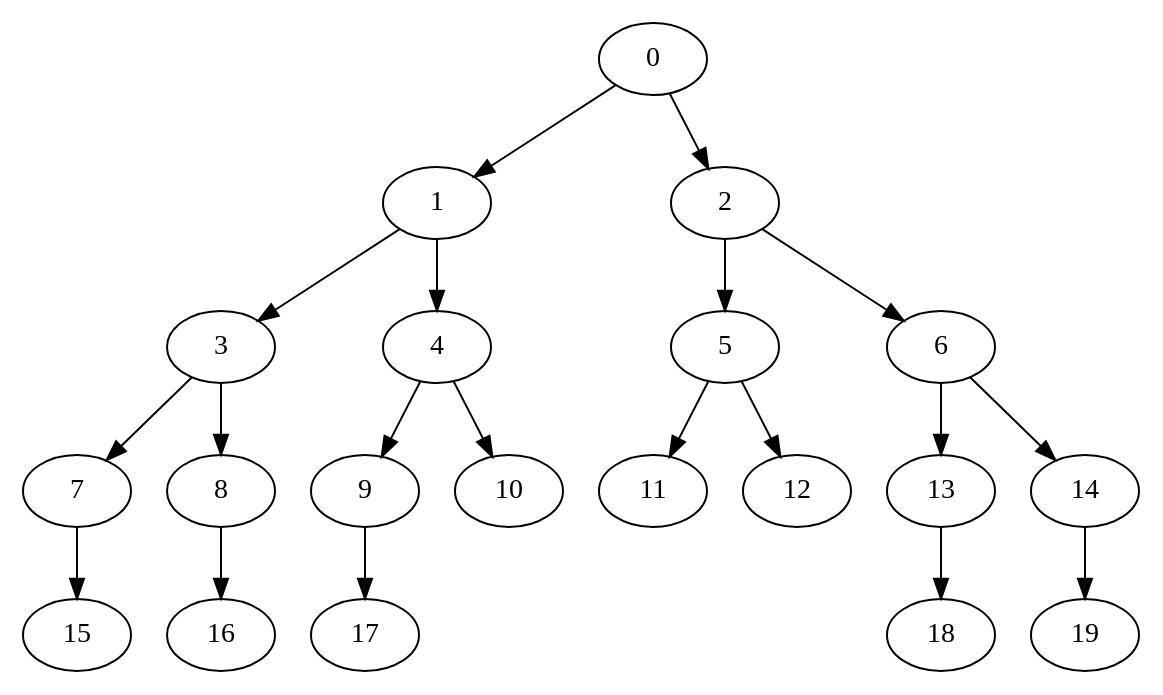
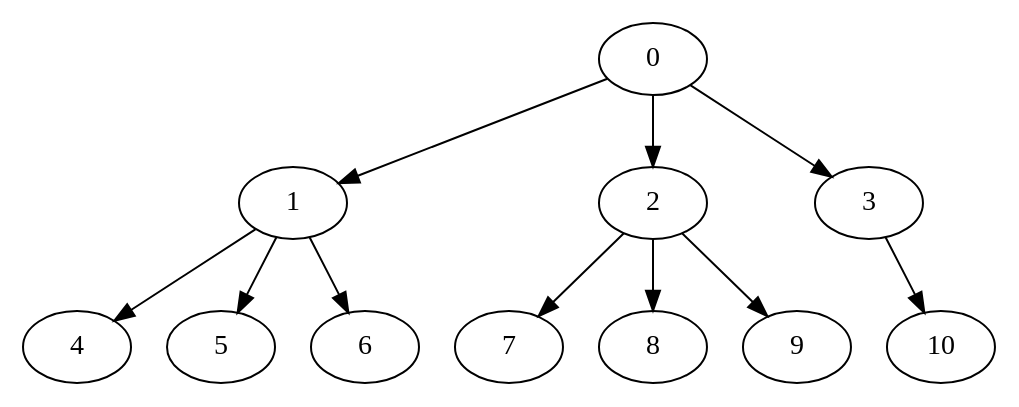
The diagram in INPUT-output.dot (nateeo/parallel-task-scheduler), drawn with Graphviz before and after one commit. The commit also changed 14 other files, not shown here.

```diff
--- a/INPUT-output.dot
+++ b/INPUT-output.dot
@@ -1,41 +1,23 @@
-digraph "outputBalanced20Node" {
-	0				[ Weight =5,Start =0,Processor =1];
-	1				[ Weight =4,Start =5,Processor =1];
-	2				[ Weight =3,Start =9,Processor =1];
-	3				[ Weight =4,Start =19,Processor =1];
-	4				[ Weight =5,Start =12,Processor =1];
-	5				[ Weight =6,Start =15,Processor =2];
-	6				[ Weight =4,Start =23,Processor =1];
-	7				[ Weight =5,Start =31,Processor =1];
-	8				[ Weight =3,Start =42,Processor =1];
-	9				[ Weight =4,Start =30,Processor =2];
-    10          [ Weight=2];
-    11          [ Weight=4];
-    12          [ Weight=5];
-    13          [ Weight=4];
-    14          [ Weight=7];
-    15          [ Weight=2];
-    16          [ Weight=4];
-    17          [ Weight=2];
-    18          [ Weight=6];
-    19          [ Weight=4];
-    0 -> 1      [ Weight=3];
-    0 -> 2      [ Weight=4];
-    1 -> 3      [ Weight=5];
-    1 -> 4      [ Weight=2];
-    2 -> 5      [ Weight=3];
-    2 -> 6      [ Weight=5];
-    3 -> 7      [ Weight=2];
-    3 -> 8      [ Weight=3];
-    4 -> 9      [ Weight=4];
-    4 -> 10     [ Weight=6];
-    5 -> 11     [ Weight=3];
-    5 -> 12     [ Weight=2];
-    6 -> 13     [ Weight=5];
-    6 -> 14     [ Weight=4];
-    7 -> 15     [ Weight=5];
-    8 -> 16     [ Weight=7];
-    9 -> 17     [ Weight=2];
-    13 -> 18    [ Weight=2];
-    14 -> 19    [ Weight=10];
+digraph "outputOutTree-Balanced-MaxBf-3_Nodes_11_CCR_0.1_WeightType_Random" {
+	0				[ Weight =50,Start =0,Processor =1];
+	1				[ Weight =70,Start =50,Processor =1];
+	0 -> 1	 [Weight=9];
+	2				[ Weight =90,Start =57,Processor =2];
+	0 -> 2	 [Weight=7];
+	3				[ Weight =100,Start =160,Processor =1];
+	0 -> 3	 [Weight=4];
+	4				[ Weight =40,Start =120,Processor =1];
+	1 -> 4	 [Weight=10];
+	5				[ Weight =20,Start =260,Processor =1];
+	1 -> 5	 [Weight=7];
+	6				[ Weight =100,Start =147,Processor =2];
+	1 -> 6	 [Weight=5];
+	7				[ Weight =80,Start =267,Processor =2];
+	2 -> 7	 [Weight=5];
+	8				[ Weight =50,Start =280,Processor =1];
+	2 -> 8	 [Weight=3];
+	9				[ Weight =20,Start =247,Processor =2];
+	2 -> 9	 [Weight=10];
+	10	 [Weight=20];
+	3 -> 10	 [Weight=4];
 }
```
